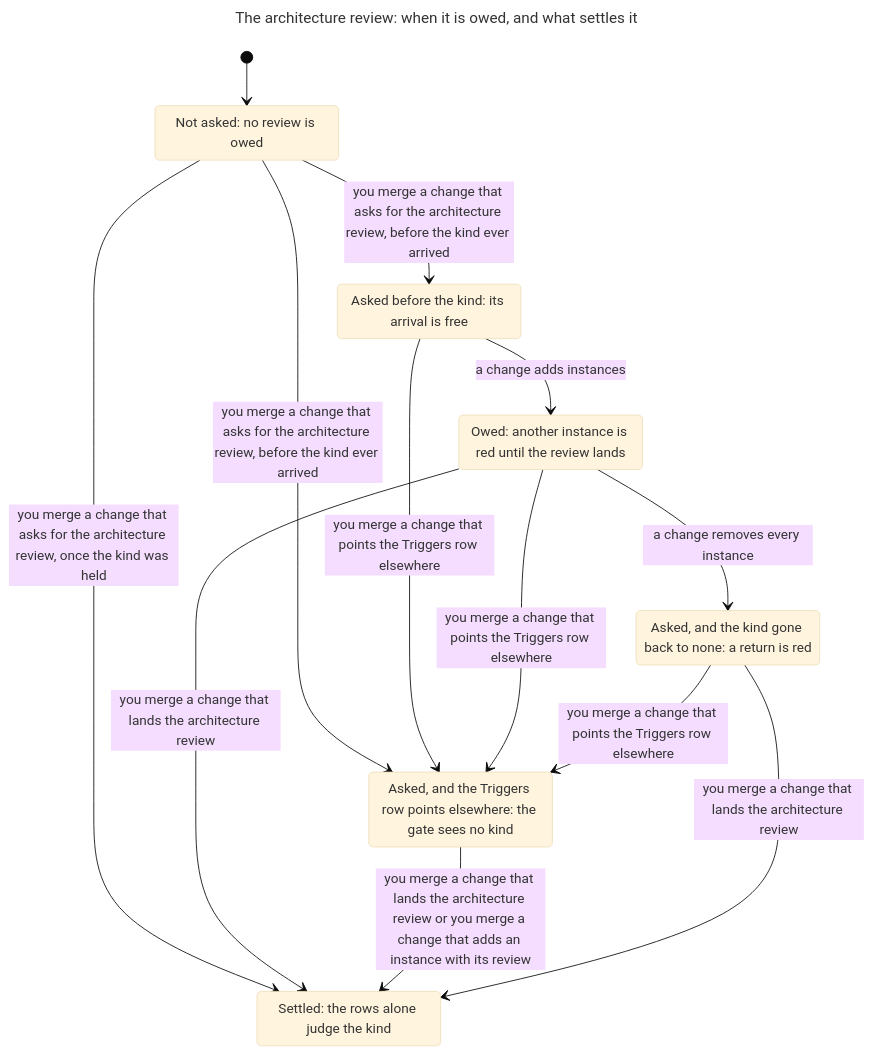
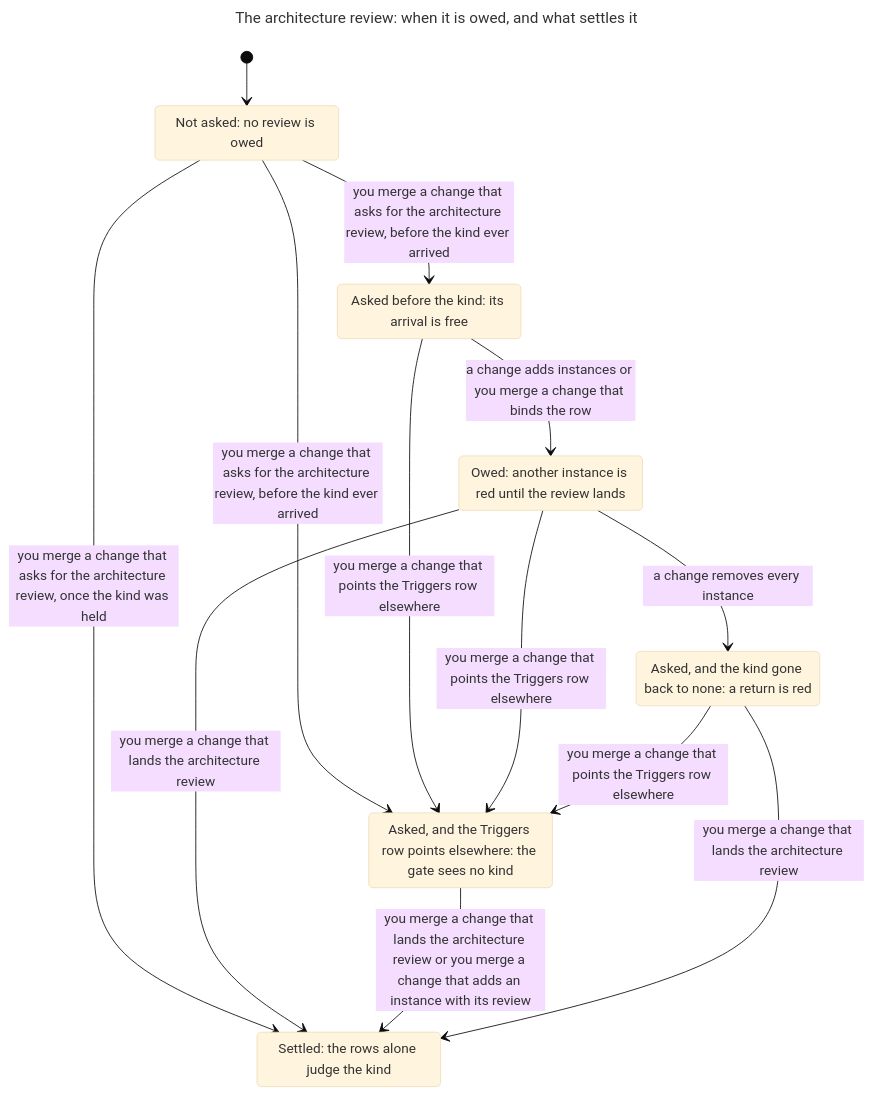
One commit to Simon-GitHub-Code/ratchet changed the second of 4 diagrams in docs/model/safeguard.md. Above: the diagram before and after it, drawn with Mermaid (base theme). The commit also changed other lines of this file and 2 other files, not shown here.

First line of the commit message:
test(safeguard): the model binds the row and adds an instance in one change

````diff
--- a/docs/model/safeguard.md
+++ b/docs/model/safeguard.md
@@ -155,24 +159,24 @@
 ```mermaid
 ---
 title: "The architecture review: when it is owed, and what settles it"
 ---
 stateDiagram-v2
   s0: Not asked: no review is owed
   s1: Asked before the kind: its arrival is free
   s2: Settled: the rows alone judge the kind
   s3: Asked, and the Triggers row points elsewhere: the gate sees no kind
   s4: Owed: another instance is red until the review lands
   s5: Asked, and the kind gone back to none: a return is red
   [*] --> s0
   s0 --> s1: you merge a change that asks for the architecture review, before the kind ever arrived
   s0 --> s2: you merge a change that asks for the architecture review, once the kind was held
   s0 --> s3: you merge a change that asks for the architecture review, before the kind ever arrived
   s1 --> s3: you merge a change that points the Triggers row elsewhere
-  s1 --> s4: a change adds instances
+  s1 --> s4: a change adds instances or you merge a change that binds the row
   s4 --> s2: you merge a change that lands the architecture review
   s4 --> s3: you merge a change that points the Triggers row elsewhere
   s4 --> s5: a change removes every instance
   s3 --> s2: you merge a change that lands the architecture review or you merge a change that adds an instance with its review
   s5 --> s2: you merge a change that lands the architecture review
   s5 --> s3: you merge a change that points the Triggers row elsewhere
 ```
````
